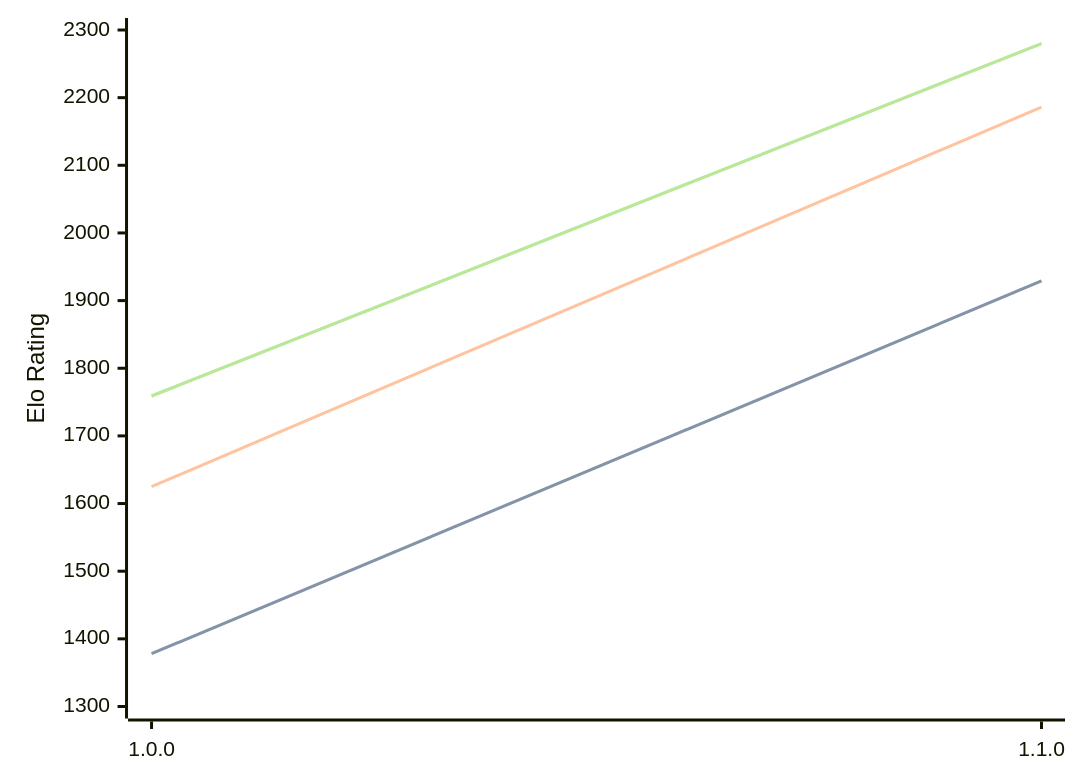
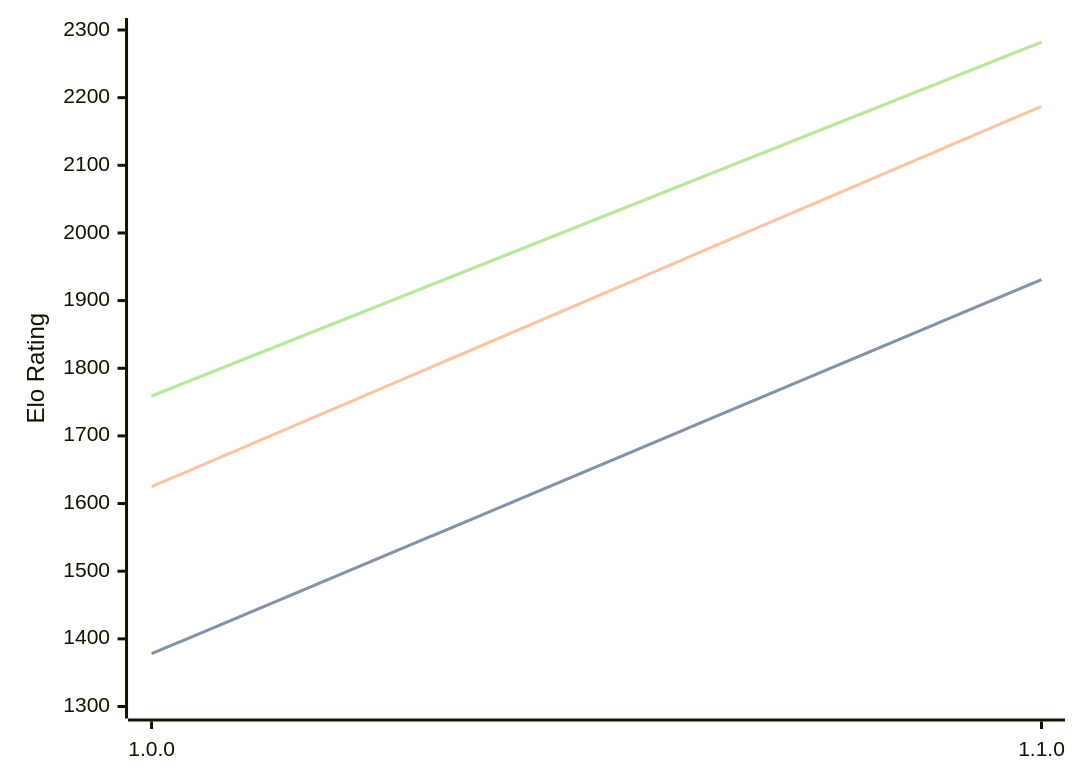
Before and after one commit to computer-chess-index/cci: the third of 3 diagrams in engines/Akerbeltz.md, drawn with Mermaid. The commit also changed other lines of this file, not shown here.

Commit message:
Update CCI Ratings (ELO VLTC) - 2026-07-09

````diff
--- a/engines/Akerbeltz.md
+++ b/engines/Akerbeltz.md
@@ -65,11 +65,11 @@
 ```mermaid
 %%{init: {"theme":"base","themeVariables":{"seriesColors:['#a3a3a3','#222221','#faa371']}}}%%
 xychart-beta
   x-axis ["1.0.0", "1.1.0"]
   y-axis "Elo Rating" 1300 --> 2300
-  line "STC (8.0+0.08s)" [1378, 1929]
-  line "STC (8.0+0.08s)" [1378, 1929]
-  line "LTC (60.0+0.60s)" [1625, 2186]
-  line "VLTC (2m24s+1.12s)" [1759, 2280]
-  line "VLTC (2m24s+1.12s)" [1759, 2280]
+  line "STC (8.0+0.08s)" [1378, 1931]
+  line "STC (8.0+0.08s)" [1378, 1931]
+  line "LTC (60.0+0.60s)" [1625, 2187]
+  line "VLTC (2m24s+1.12s)" [1759, 2282]
+  line "VLTC (2m24s+1.12s)" [1759, 2282]
 ```
````
